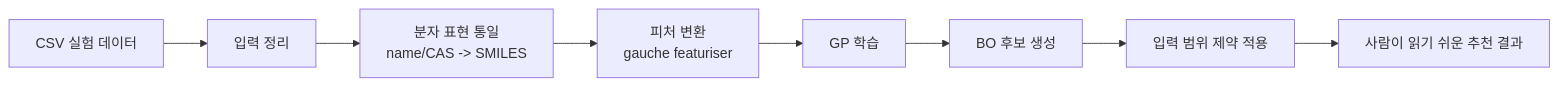
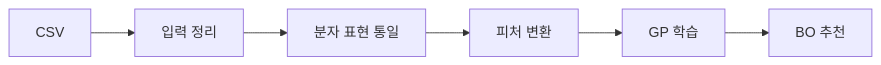
Before and after one commit to TrionLab/ProphetGP: the diagram in README.md, drawn with Mermaid. The commit also changed other lines of this file and 20 other files, not shown here.

````diff
--- a/README.md
+++ b/README.md
@@ -50,10 +18,8 @@
 ```mermaid
 flowchart LR
-    A[CSV 실험 데이터] --> B[입력 정리]
-    B --> C[분자 표현 통일<br/>name/CAS -> SMILES]
-    C --> D[피처 변환<br/>gauche featuriser]
+    A[CSV] --> B[입력 정리]
+    B --> C[분자 표현 통일]
+    C --> D[피처 변환]
     D --> E[GP 학습]
-    E --> F[BO 후보 생성]
-    F --> G[입력 범위 제약 적용]
-    G --> H[사람이 읽기 쉬운 추천 결과]
+    E --> F[BO 추천]
 ```
````
